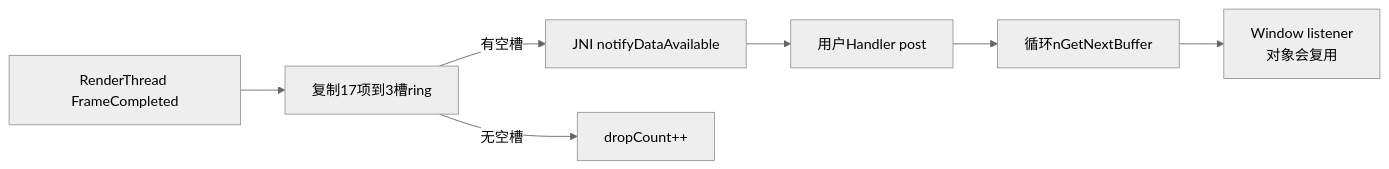
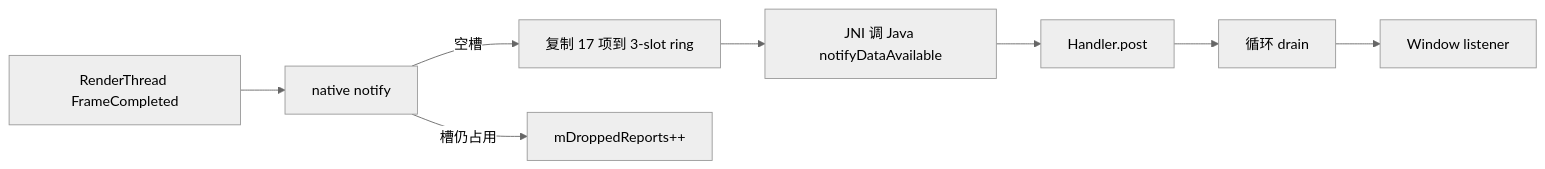
One commit to junyingzhao001/StudyNotes changed the second of 3 diagrams in Android源码学习/167-Android11帧性能统计FrameInfoJankTrackerTimeStats与FrameTracker.md. Above: the diagram before and after it, drawn with Mermaid (neutral theme). The commit also changed other lines of this file and 30 other files, not shown here.

````diff
--- a/Android源码学习/167-Android11帧性能统计FrameInfoJankTrackerTimeStats与FrameTracker.md
+++ b/Android源码学习/167-Android11帧性能统计FrameInfoJankTrackerTimeStats与FrameTracker.md
@@ -449,9 +423,10 @@
 ```mermaid
 flowchart LR
-    RT["RenderThread FrameCompleted"] --> COPY["复制17项到3槽ring"]
-    COPY -->|"有空槽"| JNI["JNI notifyDataAvailable"]
-    COPY -->|"无空槽"| DROP["dropCount++"]
-    JNI --> HANDLER["用户Handler post"]
-    HANDLER --> DRAIN["循环nGetNextBuffer"]
-    DRAIN --> CALLBACK["Window listener<br/>对象会复用"]
+    RT["RenderThread FrameCompleted"] --> N["native notify"]
+    N -->|空槽| R["复制 17 项到 3-slot ring"]
+    N -->|槽仍占用| X["mDroppedReports++"]
+    R --> J["JNI 调 Java notifyDataAvailable"]
+    J --> H["Handler.post"]
+    H --> D["循环 drain"]
+    D --> C["Window listener"]
 ```
````
